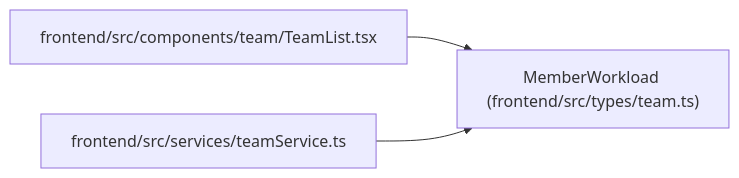
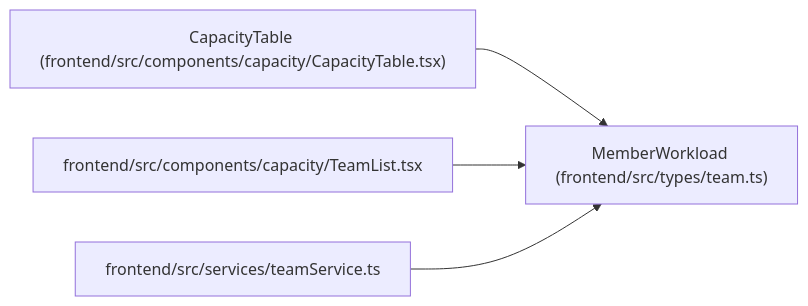
The diagram in docs/llm_wiki/entities/types_team_MemberWorkload.md (Denissvgn/WorkChord), drawn with Mermaid before and after one commit. The commit also changed other lines of this file and 2373 other files, not shown here.

````diff
--- a/docs/llm_wiki/entities/types_team_MemberWorkload.md
+++ b/docs/llm_wiki/entities/types_team_MemberWorkload.md
@@ -35,11 +35,14 @@
 ```mermaid
 flowchart LR
     n0["MemberWorkload (frontend/src/types/team.ts)"]
-    n1["frontend/src/components/team/TeamList.tsx"]
-    n2["frontend/src/services/teamService.ts"]
+    n1["CapacityTable (frontend/src/components/capacity/CapacityTable.tsx)"]
+    n2["frontend/src/components/capacity/TeamList.tsx"]
+    n3["frontend/src/services/teamService.ts"]
     n1 --> n0
     n2 --> n0
+    n3 --> n0
     click n0 "../modules/types_team.md"
-    click n1 "../modules/TeamList.md"
-    click n2 "../modules/teamService.md"
+    click n1 "../modules/CapacityTable.md"
+    click n2 "../modules/TeamList.md"
+    click n3 "../modules/teamService.md"
 ```
````
